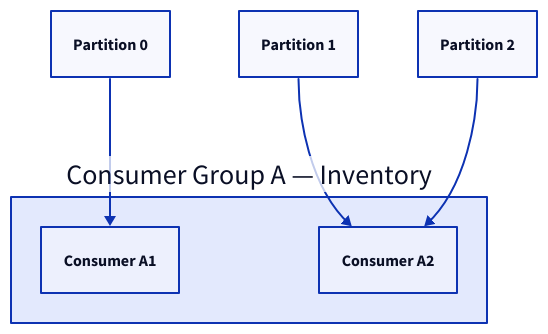
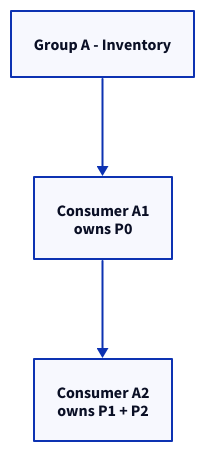
One commit to g-savitha/gsavitha.in changed the fourth of 6 diagrams in src/content/blog/kafka-explained-like-you-are-5.md. Above: the diagram before and after it, drawn with D2. The commit also changed other lines of this file and 11 other files, not shown here.

````diff
--- a/src/content/blog/kafka-explained-like-you-are-5.md
+++ b/src/content/blog/kafka-explained-like-you-are-5.md
@@ -145,14 +118,7 @@
 ```d2
 direction: down
-P0: "Partition 0" {class: secondary}
-P1: "Partition 1" {class: secondary}
-P2: "Partition 2" {class: secondary}
-GroupA: "Consumer Group A — Inventory" {
-  direction: down
-  A1: "Consumer A1" {class: info}
-  A2: "Consumer A2" {class: info}
-}
-P0 -> GroupA.A1
-P1 -> GroupA.A2
-P2 -> GroupA.A2
+G: "Group A - Inventory" {class: info}
+A1: "Consumer A1\nowns P0" {class: info}
+A2: "Consumer A2\nowns P1 + P2" {class: info}
+G -> A1 -> A2
 ```
````
